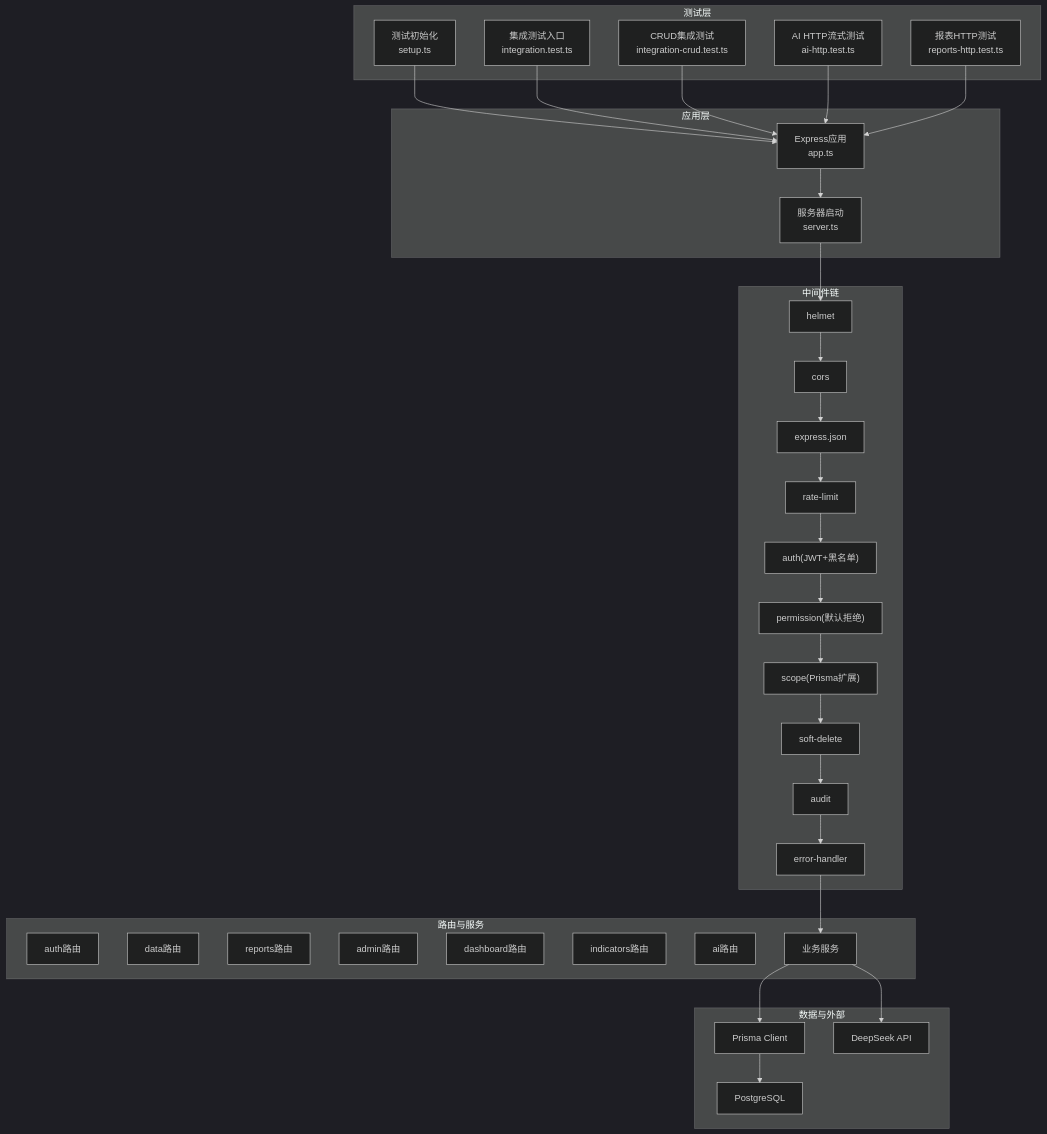
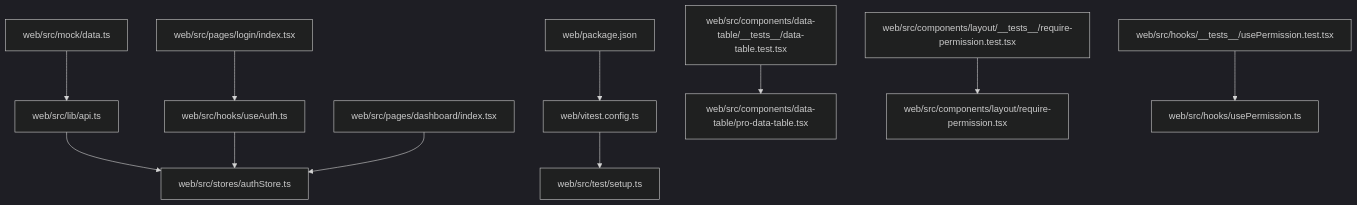
Before and after one commit to Damao997/newproject: the first of 9 diagrams in .qoder/repowiki/zh/content/测试策略/集成测试.md, drawn with Mermaid (dark theme). The commit also changed other lines of this file and 391 other files, not shown here.

````diff
--- a/.qoder/repowiki/zh/content/测试策略/集成测试.md
+++ b/.qoder/repowiki/zh/content/测试策略/集成测试.md
@@ -63,51 +51,13 @@
 ```mermaid
 graph TB
-subgraph "测试层"
-TSETUP["测试初始化<br/>setup.ts"]
-TINT["集成测试入口<br/>integration.test.ts"]
-TCRUD["CRUD集成测试<br/>integration-crud.test.ts"]
-TAITHP["AI HTTP流式测试<br/>ai-http.test.ts"]
-TREPS["报表HTTP测试<br/>reports-http.test.ts"]
-end
-subgraph "应用层"
-APP["Express应用<br/>app.ts"]
-SRV["服务器启动<br/>server.ts"]
-end
-subgraph "中间件链"
-MHELMET["helmet"]
-MCORS["cors"]
-MJSON["express.json"]
-MRATE["rate-limit"]
-MAUTH["auth(JWT+黑名单)"]
-MPERM["permission(默认拒绝)"]
-MSCOPE["scope(Prisma扩展)"]
-MSOFT["soft-delete"]
-MAUDIT["audit"]
-MERR["error-handler"]
-end
-subgraph "路由与服务"
-RAUTH["auth路由"]
-RDATA["data路由"]
-RREPORTS["reports路由"]
-RADMIN["admin路由"]
-RDASH["dashboard路由"]
-RIND["indicators路由"]
-RAI["ai路由"]
-SVC["业务服务"]
-end
-subgraph "数据与外部"
-DB["PostgreSQL"]
-PRISMA["Prisma Client"]
-DS["DeepSeek API"]
-end
-TSETUP --> APP
-TINT --> APP
-TCRUD --> APP
-TAITHP --> APP
-TREPS --> APP
-APP --> SRV
-SRV --> MHELMET --> MCORS --> MJSON --> MRATE --> MAUTH --> MPERM --> MSCOPE --> MSOFT --> MAUDIT --> MERR
-MERR --> SVC
-SVC --> PRISMA --> DB
-SVC --> DS
+A["web/vitest.config.ts"] --> B["web/src/test/setup.ts"]
+C["web/src/lib/api.ts"] --> D["web/src/stores/authStore.ts"]
+E["web/src/hooks/useAuth.ts"] --> D
+F["web/src/pages/login/index.tsx"] --> E
+G["web/src/pages/dashboard/index.tsx"] --> D
+H["web/src/components/data-table/__tests__/data-table.test.tsx"] --> I["web/src/components/data-table/pro-data-table.tsx"]
+J["web/src/components/layout/__tests__/require-permission.test.tsx"] --> K["web/src/components/layout/require-permission.tsx"]
+L["web/src/hooks/__tests__/usePermission.test.tsx"] --> M["web/src/hooks/usePermission.ts"]
+N["web/src/mock/data.ts"] --> C
+O["web/package.json"] --> A
 ```
````
